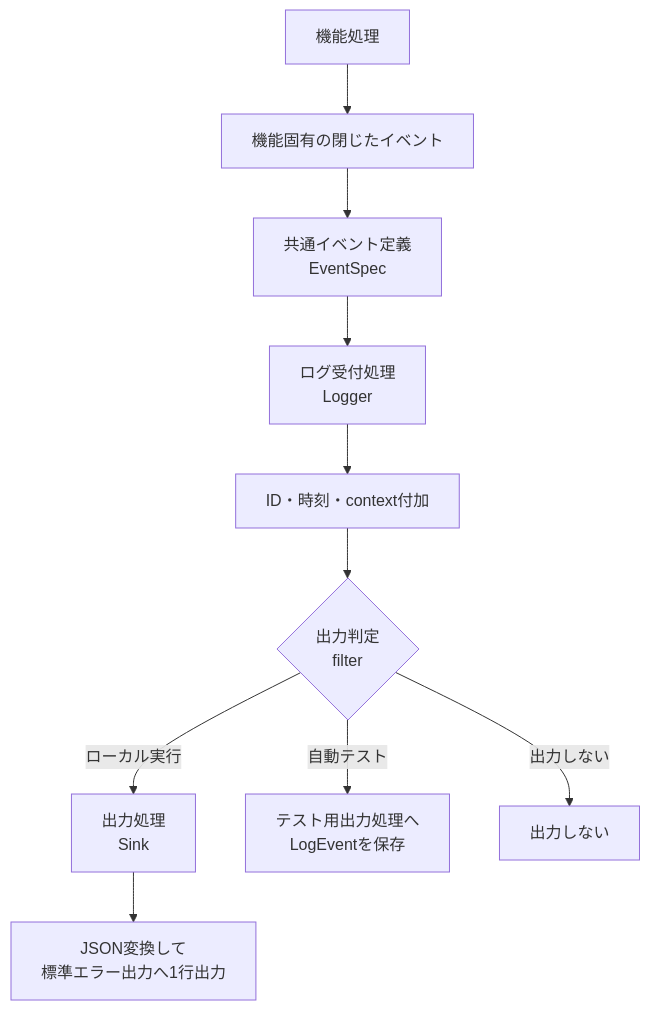
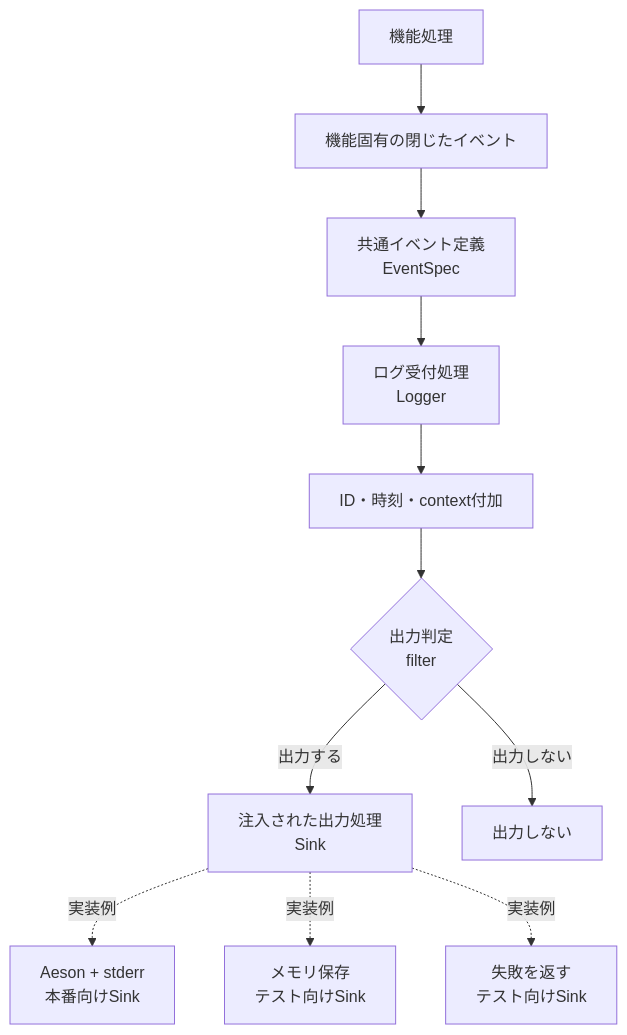
The first of 4 diagrams in project-docs/design/構造化ログ詳細設計.md (takashit16833/RAGScope), drawn with Mermaid before and after one commit. The commit also changed other lines of this file, not shown here.

````diff
--- a/project-docs/design/構造化ログ詳細設計.md
+++ b/project-docs/design/構造化ログ詳細設計.md
@@ -15,18 +15,21 @@
 ```mermaid
 flowchart TD
     Feature["機能処理"]
     FeatureEvent["機能固有の閉じたイベント"]
     EventSpec["共通イベント定義<br>EventSpec"]
     Logger["ログ受付処理<br>Logger"]
     Complete["ID・時刻・context付加"]
     Filter{"出力判定<br>filter"}
-    Sink["出力処理<br>Sink"]
-    Stderr["JSON変換して<br>標準エラー出力へ1行出力"]
-    TestSink["テスト用出力処理へ<br>LogEventを保存"]
+    Sink["注入された出力処理<br>Sink"]
+    Stderr["Aeson + stderr<br>本番向けSink"]
+    Memory["メモリ保存<br>テスト向けSink"]
+    Failure["失敗を返す<br>テスト向けSink"]
     Drop["出力しない"]
 
     Feature --> FeatureEvent --> EventSpec --> Logger --> Complete --> Filter
     Filter -->|出力しない| Drop
-    Filter -->|ローカル実行| Sink --> Stderr
-    Filter -->|自動テスト| TestSink
+    Filter -->|出力する| Sink
+    Sink -.->|実装例| Stderr
+    Sink -.->|実装例| Memory
+    Sink -.->|実装例| Failure
 ```
````
